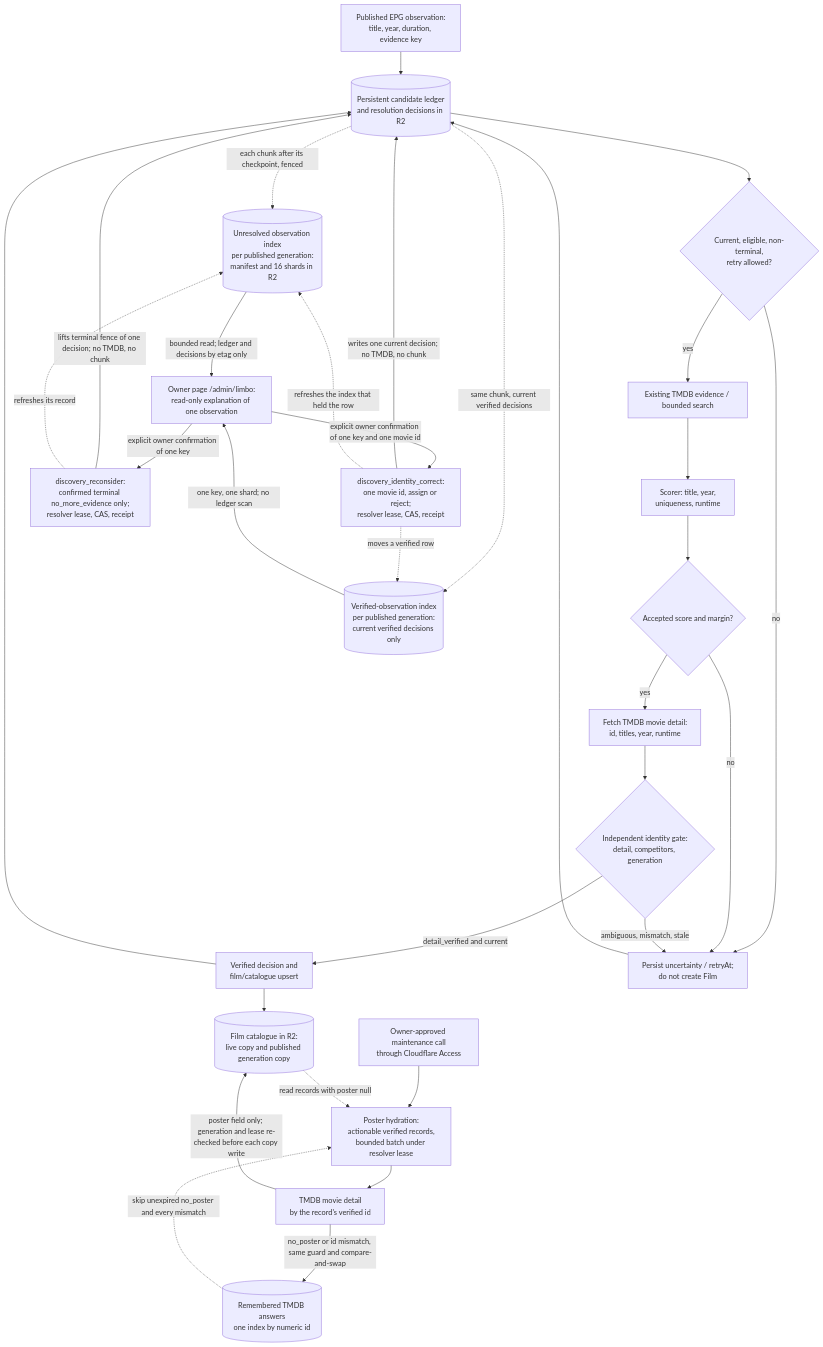
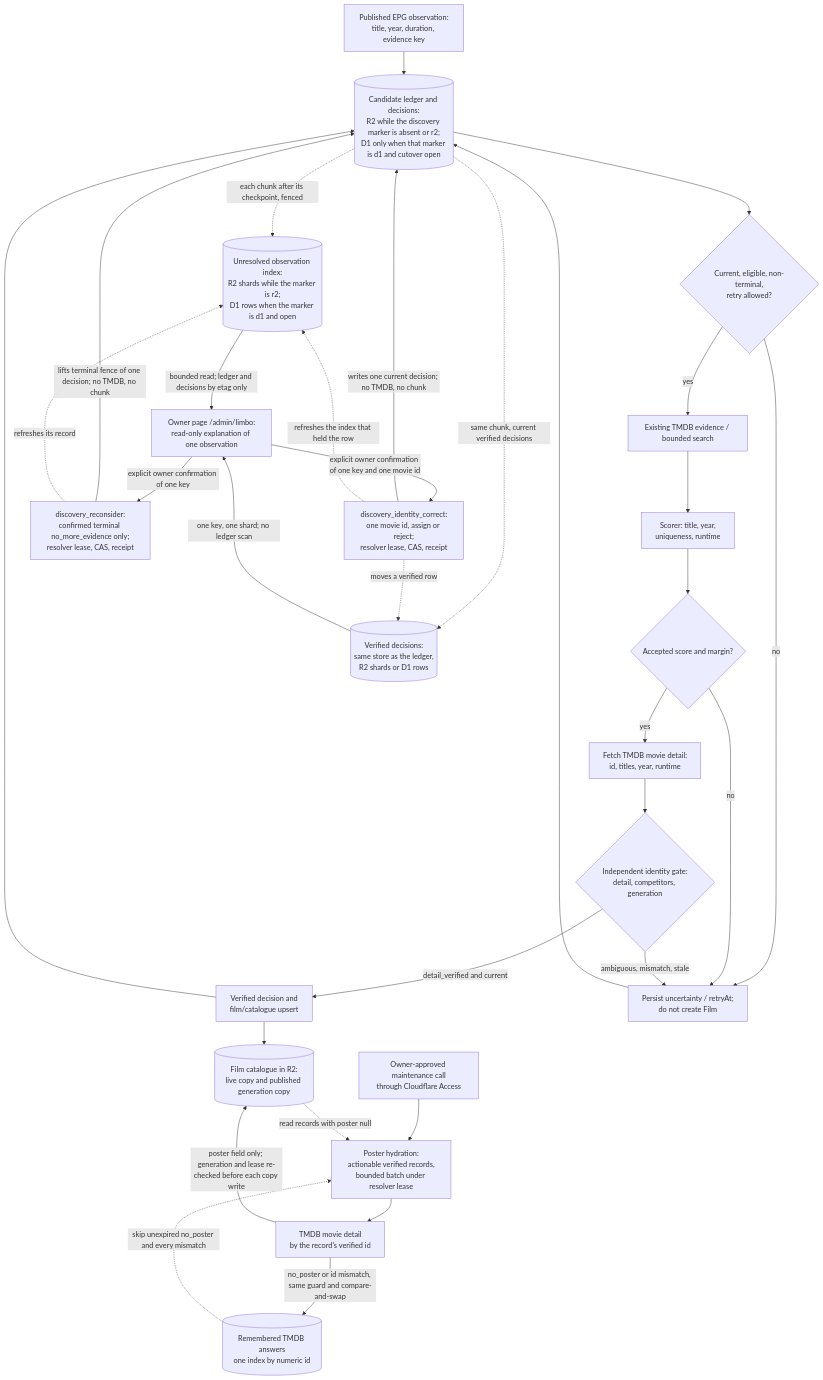
Before and after one commit to vladimino/iptv-watchlist: the diagram in docs/architecture/discovery-and-resolution.md, drawn with Mermaid. The commit also changed other lines of this file and 25 other files, not shown here.

First line of the commit message:
[AIR-320] Prepare a D1 discovery ledger that stays on R2

````diff
--- a/docs/architecture/discovery-and-resolution.md
+++ b/docs/architecture/discovery-and-resolution.md
@@ -5,51 +5,51 @@
 ```mermaid
 flowchart TD
     epg["Published EPG observation:<br/>title, year, duration, evidence key"]
-    ledger[("Persistent candidate ledger<br/>and resolution decisions in R2")]
+    ledger[("Candidate ledger and decisions:<br/>R2 while the discovery marker is absent or r2;<br/>D1 only when that marker is d1 and cutover open")]
     eligible{"Current, eligible, non-terminal,<br/>retry allowed?"}
     search["Existing TMDB evidence / bounded search"]
     scorer["Scorer: title, year,<br/>uniqueness, runtime"]
     score{"Accepted score and margin?"}
     detail["Fetch TMDB movie detail:<br/>id, titles, year, runtime"]
     gate{"Independent identity gate:<br/>detail, competitors, generation"}
     writer["Verified decision and<br/>film/catalogue upsert"]
     unresolved["Persist uncertainty / retryAt;<br/>do not create Film"]
     catalogue[("Film catalogue in R2:<br/>live copy and published generation copy")]
     owner["Owner-approved maintenance call<br/>through Cloudflare Access"]
     hydrate["Poster hydration:<br/>actionable verified records,<br/>bounded batch under resolver lease"]
     posterdetail["TMDB movie detail<br/>by the record's verified id"]
     negatives[("Remembered TMDB answers<br/>one index by numeric id")]
-    obsindex[("Unresolved observation index<br/>per published generation:<br/>manifest and 16 shards in R2")]
-    verified[("Verified-observation index<br/>per published generation:<br/>current verified decisions only")]
+    obsindex[("Unresolved observation index:<br/>R2 shards while the marker is r2;<br/>D1 rows when the marker is d1 and open")]
+    verified[("Verified decisions:<br/>same store as the ledger,<br/>R2 shards or D1 rows")]
     ownerread["Owner page /admin/limbo:<br/>read-only explanation of one observation"]
     reconsider["discovery_reconsider:<br/>confirmed terminal no_more_evidence only;<br/>resolver lease, CAS, receipt"]
     identity["discovery_identity_correct:<br/>one movie id, assign or reject;<br/>resolver lease, CAS, receipt"]
     epg --> ledger --> eligible
     eligible -->|no| unresolved
     eligible -->|yes| search --> scorer
     scorer --> score
     score -->|no| unresolved
     score -->|yes| detail --> gate
     gate -->|detail_verified and current| writer
     gate -->|ambiguous, mismatch, stale| unresolved
     writer --> ledger
     writer --> catalogue
     unresolved --> ledger
     owner --> hydrate
     catalogue -.->|read records with poster null| hydrate
     negatives -.->|skip unexpired no_poster and every mismatch| hydrate
     hydrate --> posterdetail
     posterdetail -->|poster field only; generation and lease re-checked before each copy write| catalogue
     posterdetail -->|no_poster or id mismatch, same guard and compare-and-swap| negatives
     ledger -.->|each chunk after its checkpoint, fenced| obsindex
     ledger -.->|same chunk, current verified decisions| verified
     obsindex -->|bounded read; ledger and decisions by etag only| ownerread
     verified -->|one key, one shard; no ledger scan| ownerread
     ownerread -->|explicit owner confirmation of one key| reconsider
     ownerread -->|explicit owner confirmation of one key and one movie id| identity
     reconsider -->|lifts terminal fence of one decision; no TMDB, no chunk| ledger
     identity -->|writes one current decision; no TMDB, no chunk| ledger
     reconsider -.->|refreshes its record| obsindex
     identity -.->|refreshes the index that held the row| obsindex
     identity -.->|moves a verified row| verified
 ```
````
